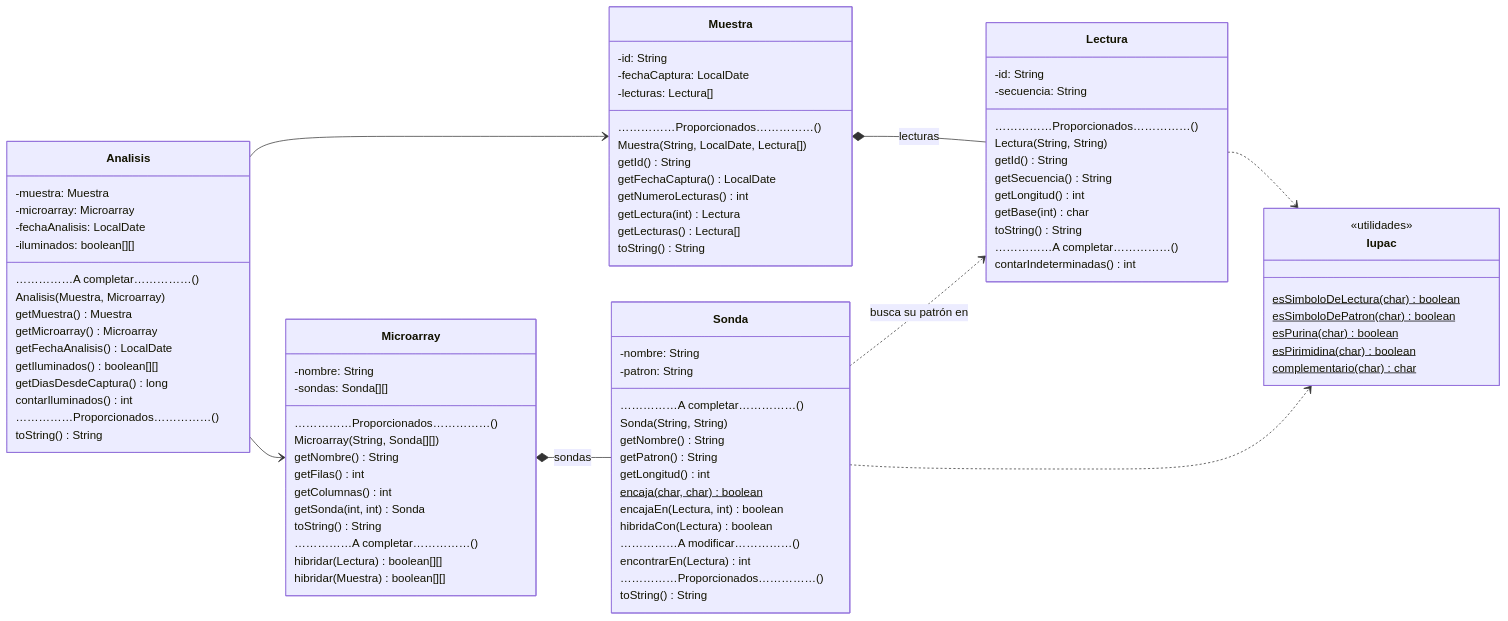
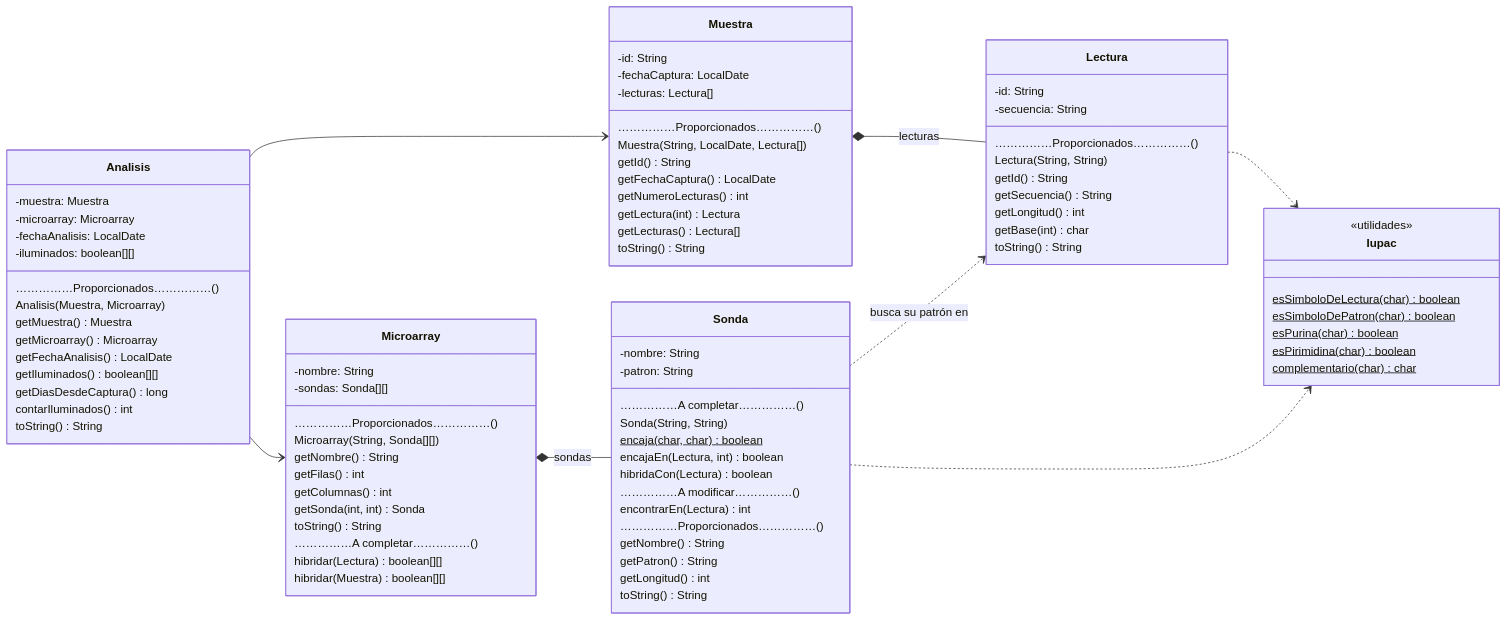
One commit to ysmartin/fprg-2026-P2-dev changed the diagram in README.md. Above: the diagram before and after it, drawn with Mermaid. The commit also changed other lines of this file and 25 other files, not shown here.

```diff
--- a/README.md
+++ b/README.md
@@ -105,8 +103,6 @@
 getLongitud() int
 getBase(int) char
 toString() String
-……………A completar……………()
-contarIndeterminadas() int
 }
 
 class Muestra {
@@ -128,15 +124,15 @@
 -patron: String
 ……………A completar……………()
 Sonda(String, String)
-getNombre() String
-getPatron() String
-getLongitud() int
 encaja(char, char) boolean$
 encajaEn(Lectura, int) boolean
 hibridaCon(Lectura) boolean
 ……………A modificar……………()
 encontrarEn(Lectura) int
 ……………Proporcionados……………()
+getNombre() String
+getPatron() String
+getLongitud() int
 toString() String
 }
 
@@ -160,7 +156,7 @@
 -microarray: Microarray
 -fechaAnalisis: LocalDate
 -iluminados: boolean[][]
-……………A completar……………()
+……………Proporcionados……………()
 Analisis(Muestra, Microarray)
 getMuestra() Muestra
 getMicroarray() Microarray
@@ -168,7 +164,6 @@
 getIluminados() boolean[][]
 getDiasDesdeCaptura() long
 contarIluminados() int
-……………Proporcionados……………()
 toString() String
 }
 
```
